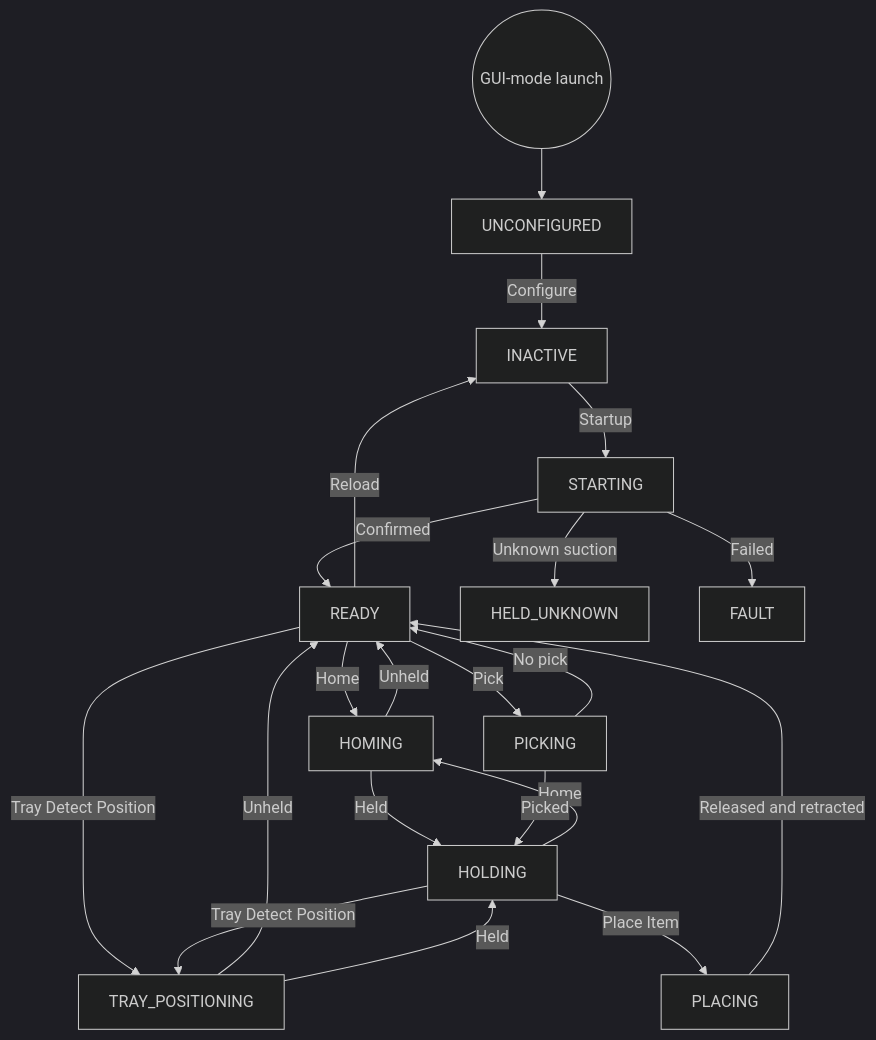
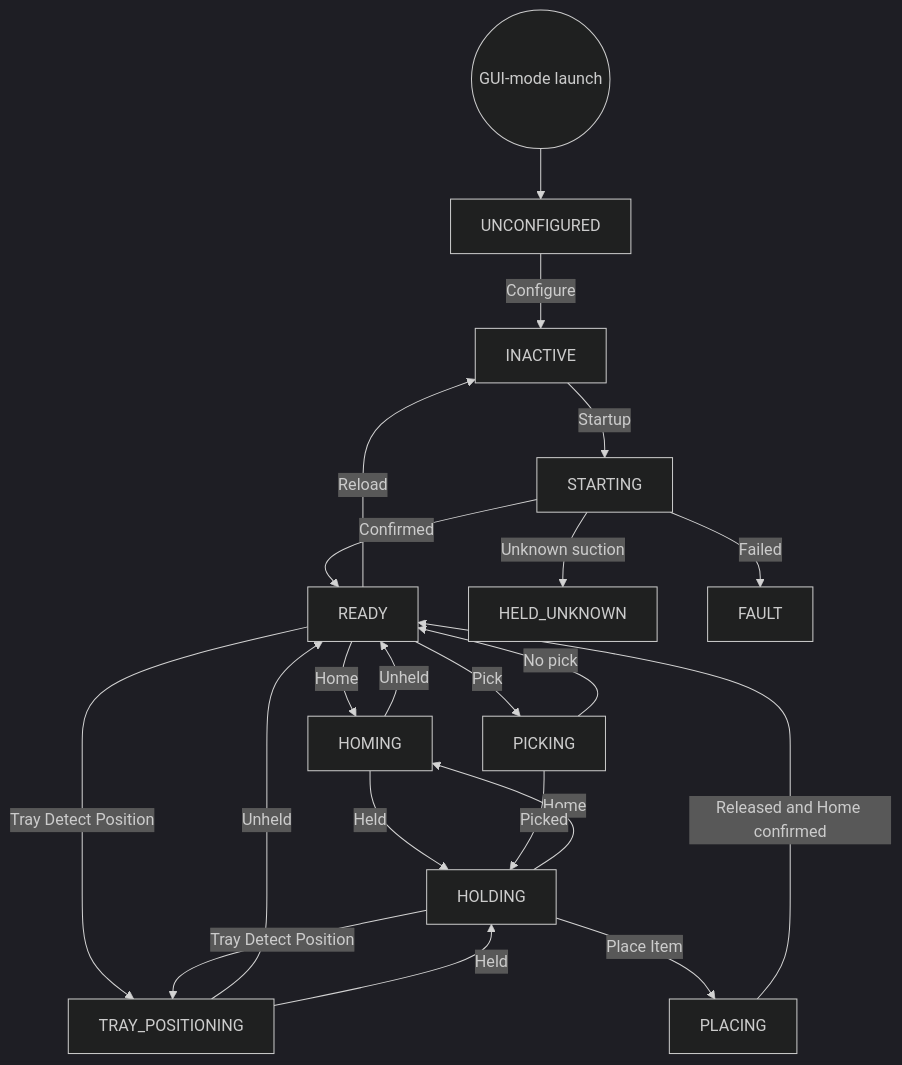
Before and after one commit to esgange/dobot_picknplace_yolo: the first of 7 diagrams in docs/ROBOT_CONTROLLER_FSM.md, drawn with Mermaid (dark theme). The commit also changed other lines of this file and 12 other files, not shown here.

````diff
--- a/docs/ROBOT_CONTROLLER_FSM.md
+++ b/docs/ROBOT_CONTROLLER_FSM.md
@@ -58,23 +58,23 @@
 ```mermaid
 flowchart TD
     Launch((GUI-mode launch)) --> UNCONFIGURED
     UNCONFIGURED -->|Configure| INACTIVE
     INACTIVE -->|Startup| STARTING
     STARTING -->|Confirmed| READY
     READY -->|Reload| INACTIVE
     READY -->|Home| HOMING
     HOMING -->|Unheld| READY
     HOLDING -->|Home| HOMING
     HOMING -->|Held| HOLDING
     READY -->|Pick| PICKING
     PICKING -->|Picked| HOLDING
     PICKING -->|No pick| READY
     READY -->|Tray Detect Position| TRAY_POSITIONING
     HOLDING -->|Tray Detect Position| TRAY_POSITIONING
     TRAY_POSITIONING -->|Unheld| READY
     TRAY_POSITIONING -->|Held| HOLDING
     HOLDING -->|Place Item| PLACING
-    PLACING -->|Released and retracted| READY
+    PLACING -->|Released and Home confirmed| READY
     STARTING -->|Unknown suction| HELD_UNKNOWN
     STARTING -->|Failed| FAULT
 ```
````
